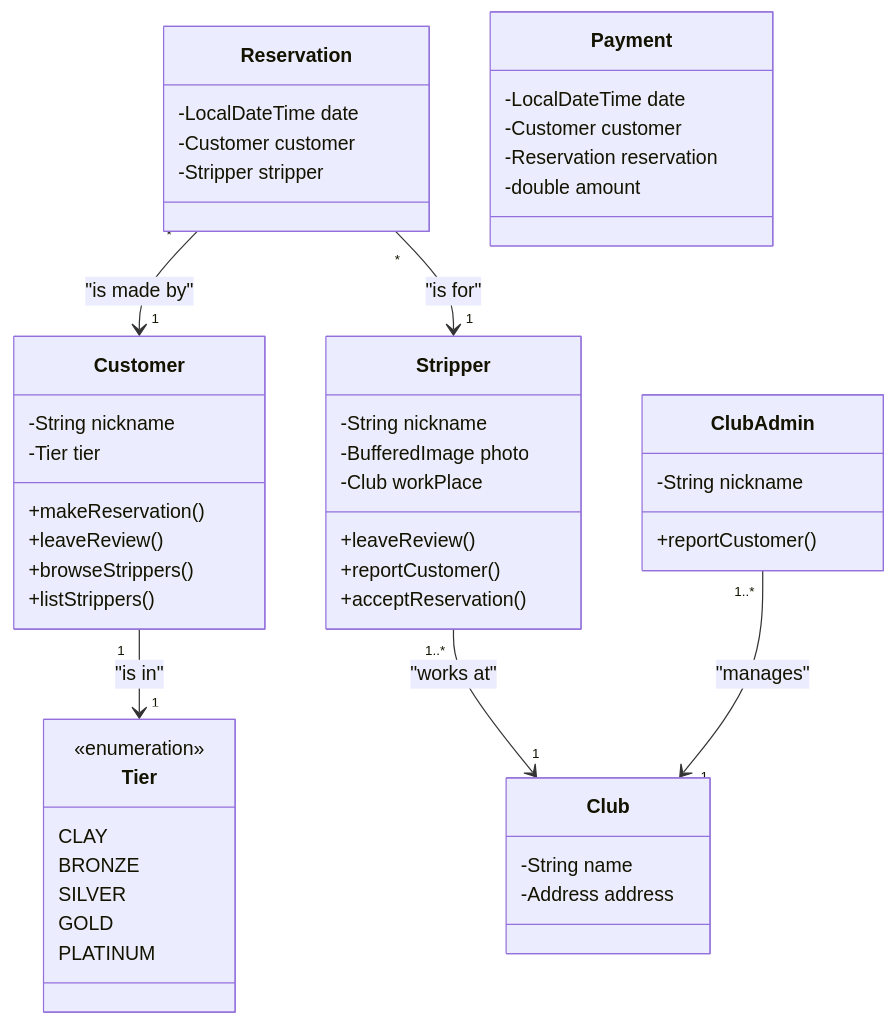
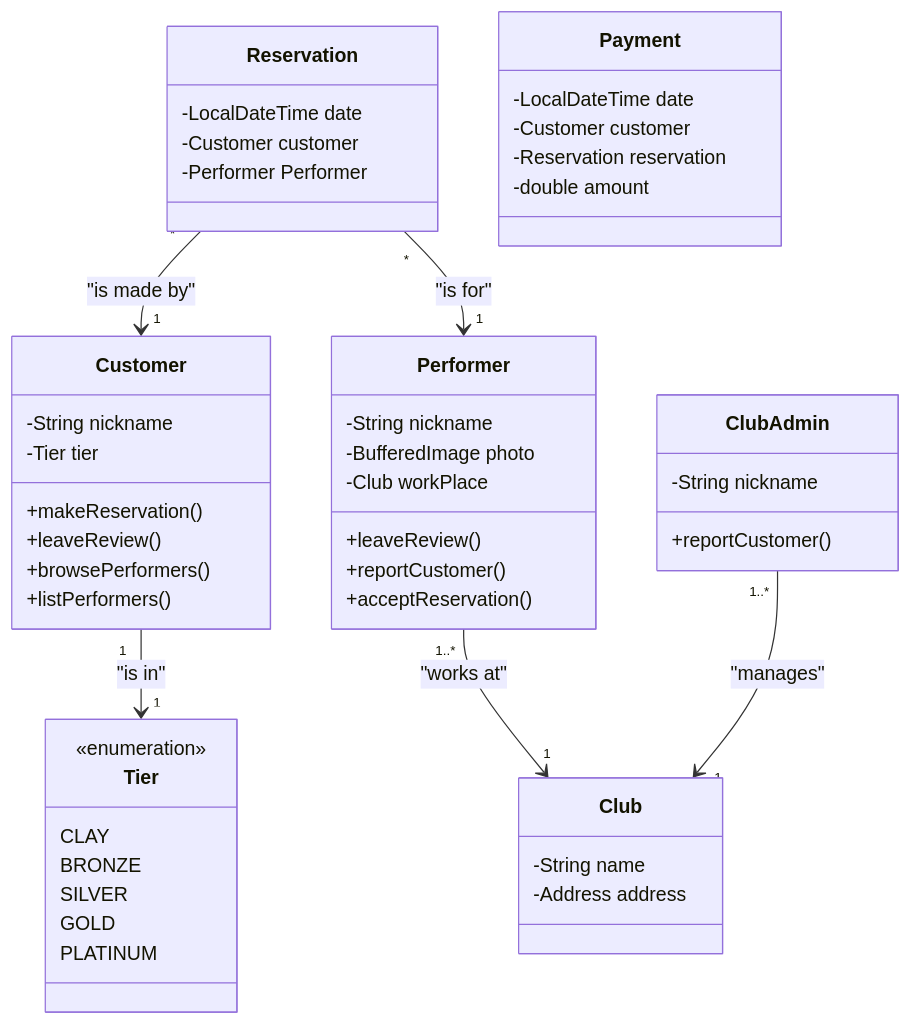
The first of 5 diagrams in business/business.md (GlycerolVeinz/sinSemestralWork), drawn with Mermaid before and after one commit. The commit also changed other lines of this file, not shown here.

Commit message:
need to attach pictures of diagrams for documentation

````diff
--- a/business/business.md
+++ b/business/business.md
@@ -71,65 +71,65 @@
 ```mermaid
 classDiagram
     class Tier{
         %% Maybe change name of tiers to something more in theme with strip clubs
         <<enumeration>>
         CLAY
         BRONZE
         SILVER
         GOLD
         PLATINUM
     }
 
     class Customer{
         -String nickname
         -Tier tier
 
         +makeReservation()
         +leaveReview()
         %% Browse function is swiping like on tinder
-        +browseStrippers()
-        %% List function is a list of all strippers
-        +listStrippers()
+        +browsePerformers()
+        %% List function is a list of all Performers
+        +listPerformers()
     }
 
     class ClubAdmin{
         -String nickname
 
         +reportCustomer()
     }
 
-    class Stripper{
+    class Performer{
         -String nickname
         -BufferedImage photo
         -Club workPlace
 
         +leaveReview()
         +reportCustomer()
         +acceptReservation()
     }
 
     class Club{
         -String name
         -Address address
     }
 
     class Reservation{
         -LocalDateTime date
         -Customer customer
-        -Stripper stripper
+        -Performer Performer
     }
 
     class Payment{
         -LocalDateTime date
         -Customer customer
         -Reservation reservation
         -double amount
     }
 
     %% Relationships
     Customer "1" --> "1" Tier : "is in"
-    Stripper "1..*" --> "1" Club : "works at"
+    Performer "1..*" --> "1" Club : "works at"
     ClubAdmin "1..*" --> "1" Club : "manages"
     Reservation "*" --> "1" Customer : "is made by"
-    Reservation "*" --> "1" Stripper : "is for"
+    Reservation "*" --> "1" Performer : "is for"
 ```
````
